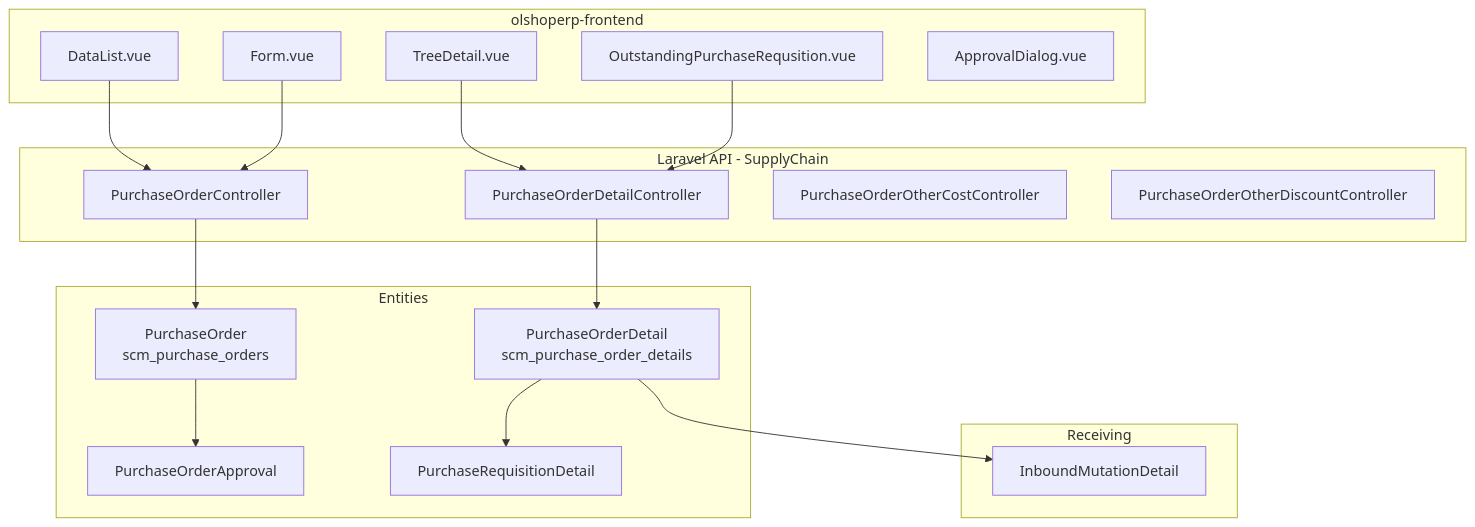
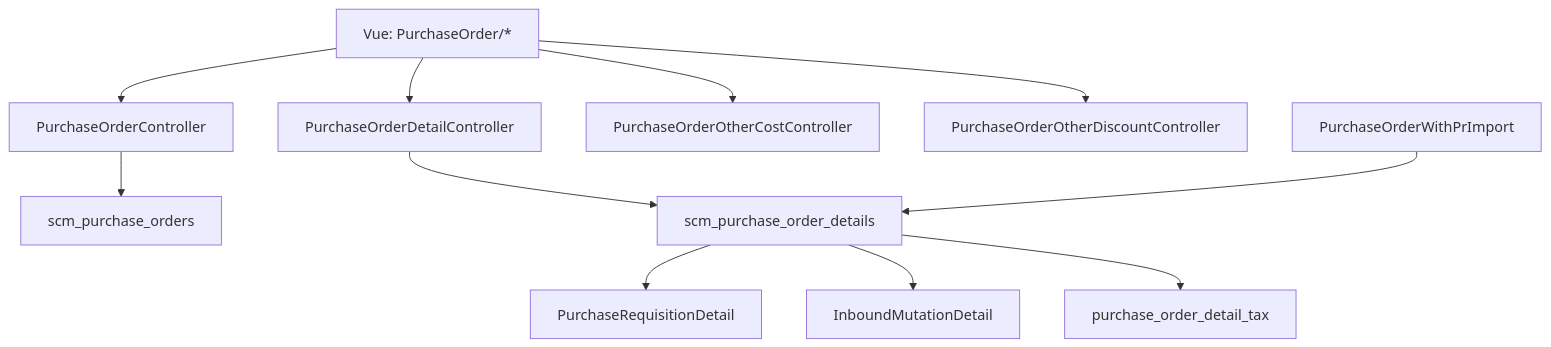
The diagram in qa-docs/supplychain-purchase-order/technical.md (yendyr/olshoperp-docs), drawn with Mermaid before and after one commit. The commit also changed other lines of this file and 84 other files, not shown here.

````diff
--- a/qa-docs/supplychain-purchase-order/technical.md
+++ b/qa-docs/supplychain-purchase-order/technical.md
@@ -28,38 +18,13 @@
 ```mermaid
 flowchart TB
-    subgraph Frontend["olshoperp-frontend"]
-        DL[DataList.vue]
-        FM[Form.vue]
-        TD[TreeDetail.vue]
-        OPR[OutstandingPurchaseRequsition.vue]
-        AD[ApprovalDialog.vue]
-    end
-
-    subgraph API["Laravel API - SupplyChain"]
-        POC[PurchaseOrderController]
-        PODC[PurchaseOrderDetailController]
-        POOC[PurchaseOrderOtherCostController]
-        POOD[PurchaseOrderOtherDiscountController]
-    end
-
-    subgraph Domain["Entities"]
-        PO[PurchaseOrder\nscm_purchase_orders]
-        POD[PurchaseOrderDetail\nscm_purchase_order_details]
-        PRA[PurchaseOrderApproval]
-        PRD[PurchaseRequisitionDetail]
-    end
-
-    subgraph Downstream["Receiving"]
-        IMD[InboundMutationDetail]
-    end
-
-    DL --> POC
-    FM --> POC
-    TD --> PODC
-    OPR --> PODC
-    POC --> PO
-    PODC --> POD
-    POD --> PRD
-    POD --> IMD
-    PO --> PRA
+    FE["Vue: PurchaseOrder/*"] --> POC["PurchaseOrderController"]
+    FE --> PODC["PurchaseOrderDetailController"]
+    FE --> POOC["PurchaseOrderOtherCostController"]
+    FE --> POOD["PurchaseOrderOtherDiscountController"]
+    POC --> PO["scm_purchase_orders"]
+    PODC --> POD["scm_purchase_order_details"]
+    POD --> PRD["PurchaseRequisitionDetail"]
+    POD --> GRN["InboundMutationDetail"]
+    POD --> TAX["purchase_order_detail_tax"]
+    IMP["PurchaseOrderWithPrImport"] --> POD
 ```
````
